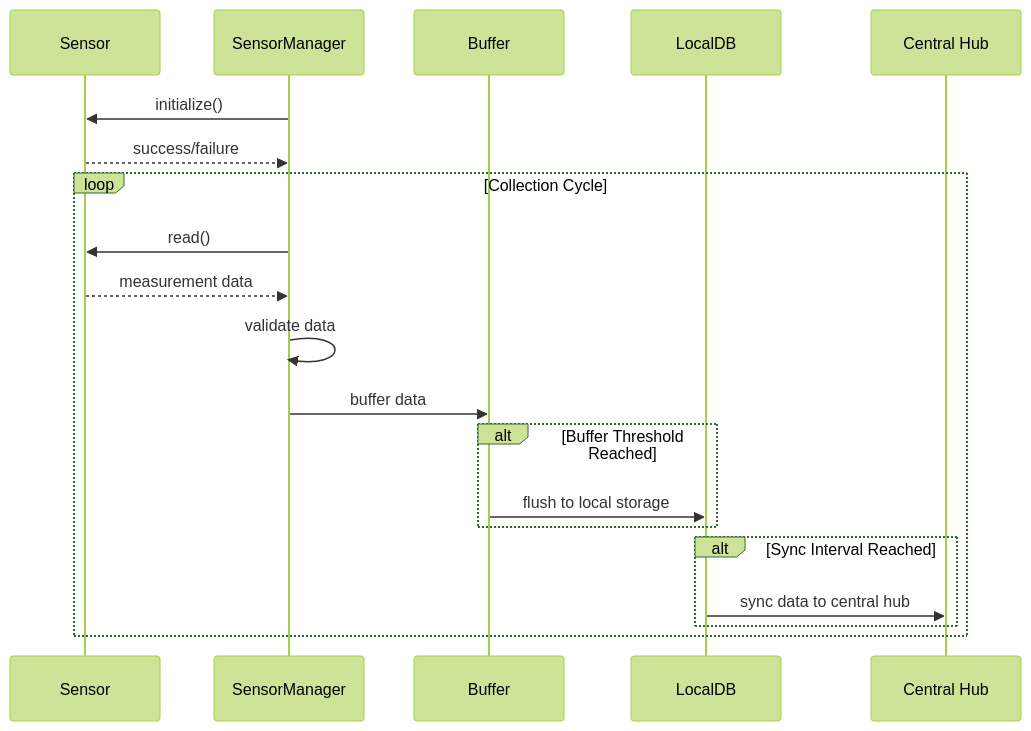
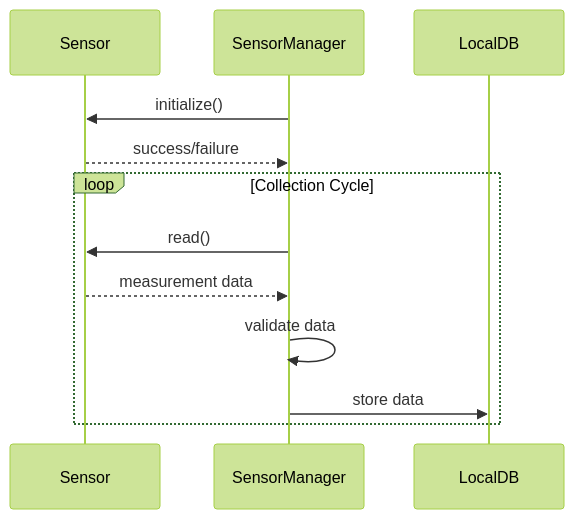
Before and after one commit to itsatony/w4b_v3: the second of 2 diagrams in edge/sensorManager/sensorManager_plan.md, drawn with Mermaid (forest theme). The commit also changed other lines of this file and 1 other file, not shown here.

````diff
--- a/edge/sensorManager/sensorManager_plan.md
+++ b/edge/sensorManager/sensorManager_plan.md
@@ -183,26 +195,16 @@
 ```mermaid
 sequenceDiagram
     participant S as Sensor
     participant SM as SensorManager
-    participant B as Buffer
     participant DB as LocalDB
-    participant Hub as Central Hub
     
     SM->>S: initialize()
     S-->>SM: success/failure
     
     loop Collection Cycle
         SM->>S: read()
         S-->>SM: measurement data
         SM->>SM: validate data
-        SM->>B: buffer data
-        
-        alt Buffer Threshold Reached
-            B->>DB: flush to local storage
-        end
-        
-        alt Sync Interval Reached
-            DB->>Hub: sync data to central hub
-        end
+        SM->>DB: store data
     end
 ```
````
